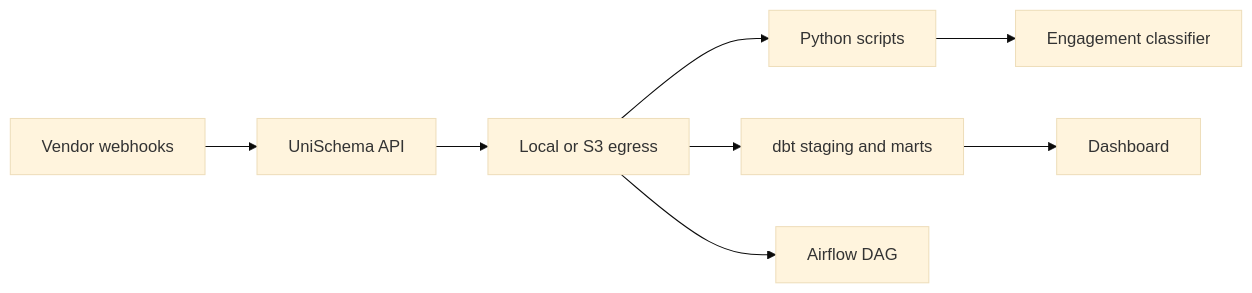
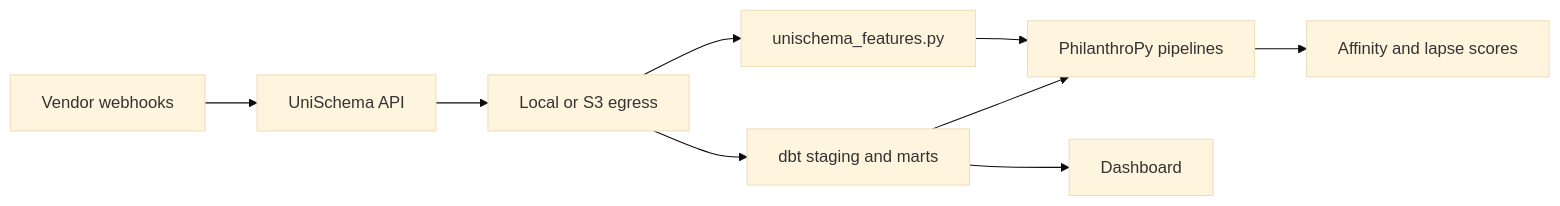
Before and after one commit to PhilanthroPy-Project/UniSchema: the diagram in docs/downstream-pipeline.md, drawn with Mermaid (base theme). The commit also changed other lines of this file and 52 other files, not shown here.

````diff
--- a/docs/downstream-pipeline.md
+++ b/docs/downstream-pipeline.md
@@ -7,10 +7,11 @@
 ```mermaid
 flowchart LR
   Vendors[Vendor webhooks] --> UniSchema[UniSchema API]
   UniSchema --> Egress[Local or S3 egress]
-  Egress --> Python[Python scripts]
+  Egress --> Features[unischema_features.py]
   Egress --> dbt[dbt staging and marts]
-  Egress --> Airflow[Airflow DAG]
-  Python --> ML[Engagement classifier]
+  Features --> PhilanthroPy[PhilanthroPy pipelines]
+  dbt --> PhilanthroPy
+  PhilanthroPy --> ML[Affinity and lapse scores]
   dbt --> BI[Dashboard]
 ```
````
